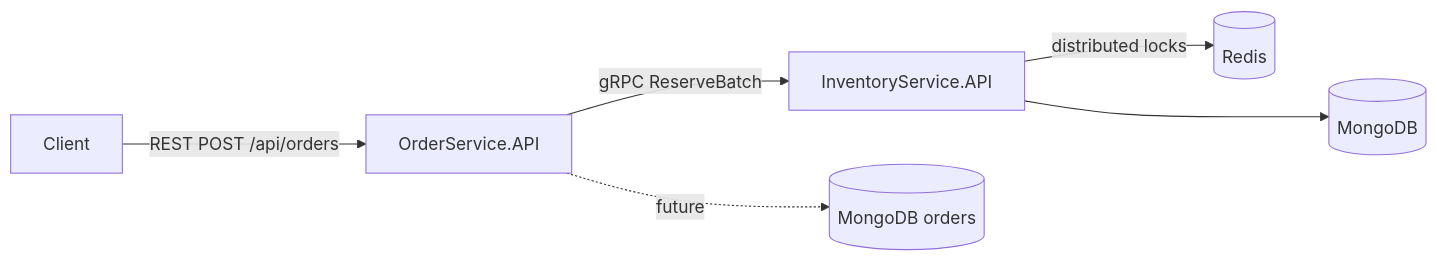
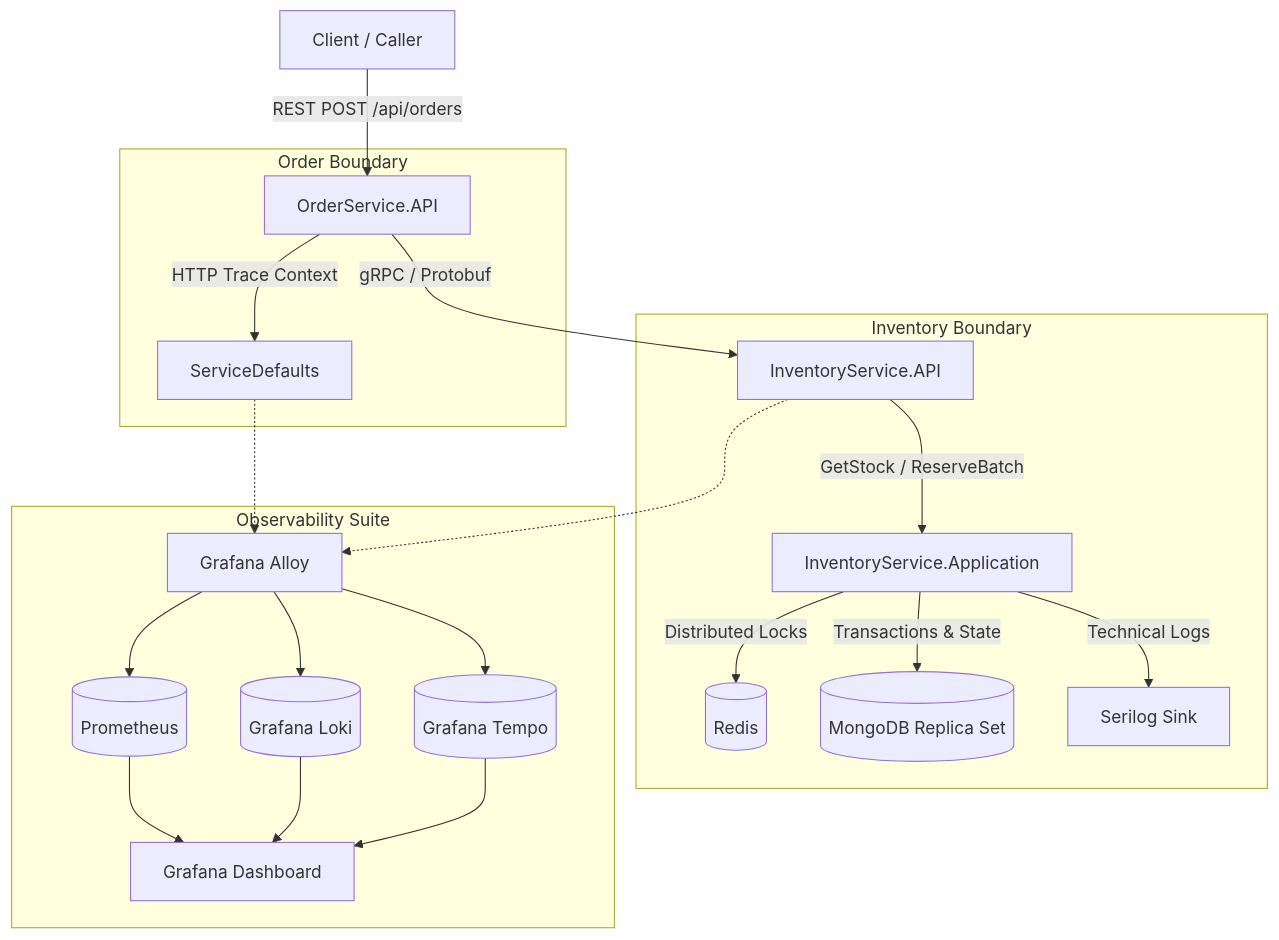
Before and after one commit to abdulkadirozyurt/InventoryReservationSystem: the diagram in README.md, drawn with Mermaid. The commit also changed other lines of this file and 9 other files, not shown here.

````diff
--- a/README.md
+++ b/README.md
@@ -33,8 +23,28 @@
 ```mermaid
-flowchart LR
-    Client[Client] -->|REST POST /api/orders| OrderAPI[OrderService.API]
-    OrderAPI -->|gRPC ReserveBatch| InventoryAPI[InventoryService.API]
-    InventoryAPI ---> Mongo[(MongoDB)]
-    InventoryAPI -->|distributed locks| Redis[(Redis)]
-    OrderAPI -. future .-> OrderDb[(MongoDB orders)]
+flowchart TD
+    Client[Client / Caller] -->|REST POST /api/orders| OrderAPI[OrderService.API]
+    
+    subgraph Order Boundary
+        OrderAPI -->|HTTP Trace Context| OrderDefaults[ServiceDefaults]
+    end
+
+    OrderAPI -->|gRPC / Protobuf| InvAPI[InventoryService.API]
+
+    subgraph Inventory Boundary
+        InvAPI -->|GetStock / ReserveBatch| InvApp[InventoryService.Application]
+        InvApp -->|Distributed Locks| Redis[(Redis)]
+        InvApp -->|Transactions & State| Mongo[(MongoDB Replica Set)]
+        InvApp -->|Technical Logs| Serilog[Serilog Sink]
+    end
+
+    subgraph Observability Suite
+        OrderDefaults -.-> Alloy[Grafana Alloy]
+        InvAPI -.-> Alloy
+        Alloy --> Prometheus[(Prometheus)]
+        Alloy --> Loki[(Grafana Loki)]
+        Alloy --> Tempo[(Grafana Tempo)]
+        Prometheus --> Grafana[Grafana Dashboard]
+        Loki --> Grafana
+        Tempo --> Grafana
+    end
 ```
````
